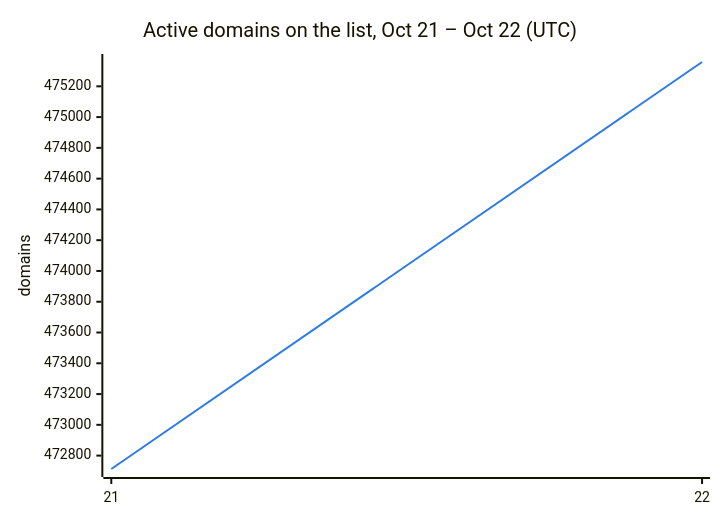
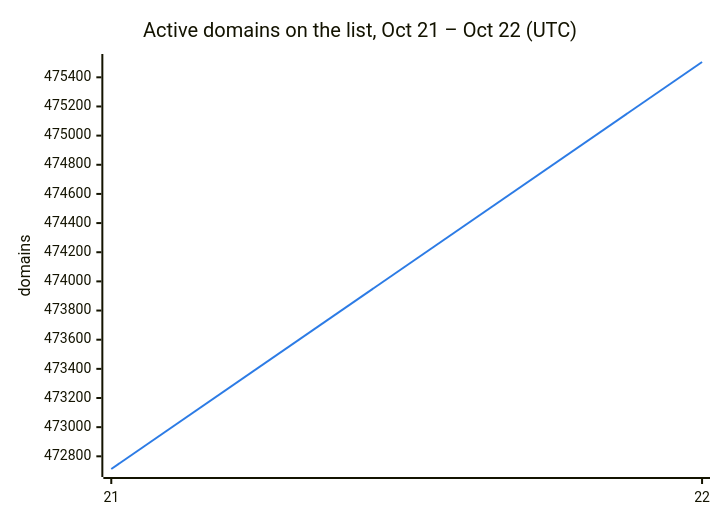
One commit to DNSBunker/CTI changed the second of 3 diagrams in README.md. Above: the diagram before and after it, drawn with Mermaid. The commit also changed other lines of this file and 3 other files, not shown here.

````diff
--- a/README.md
+++ b/README.md
@@ -38,8 +38,8 @@
 ```mermaid
 %%{init: {"themeVariables": {"xyChart": {"plotColorPalette": "#2c7be5"}}}}%%
 xychart-beta
     title "Active domains on the list, Oct 21 – Oct 22 (UTC)"
     x-axis ["21", "22"]
     y-axis "domains"
-    line [472713, 475358]
+    line [472713, 475505]
 ```
````
